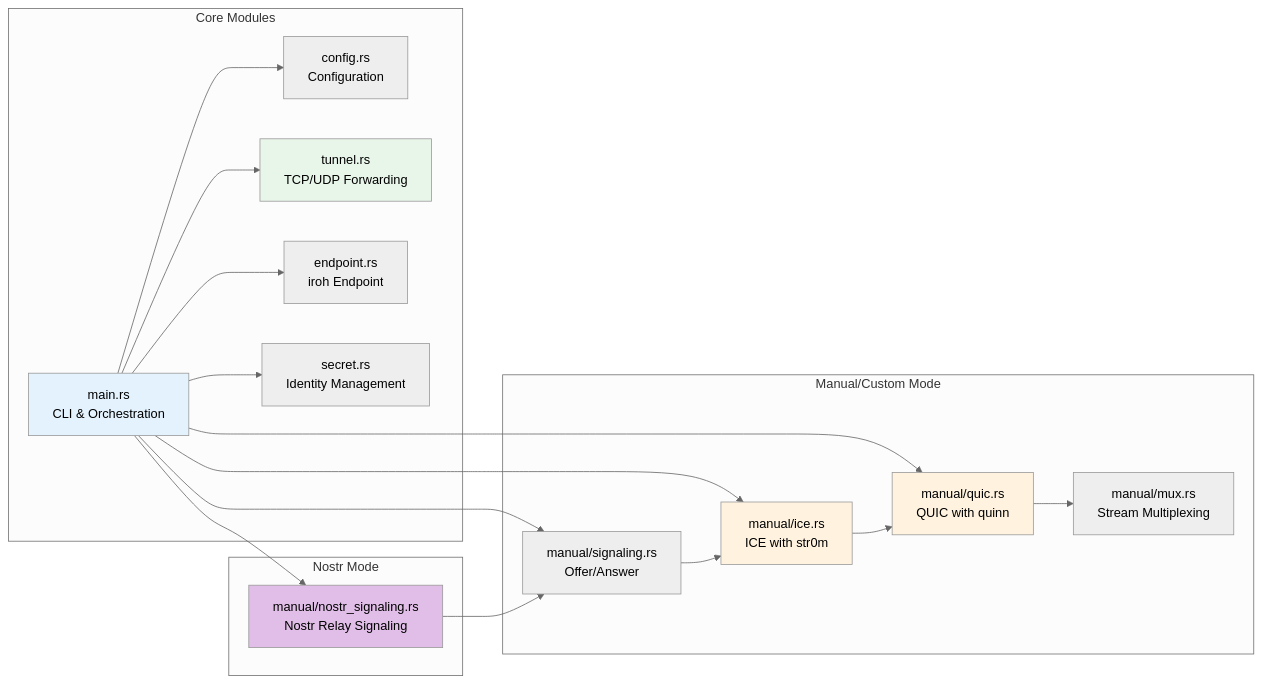
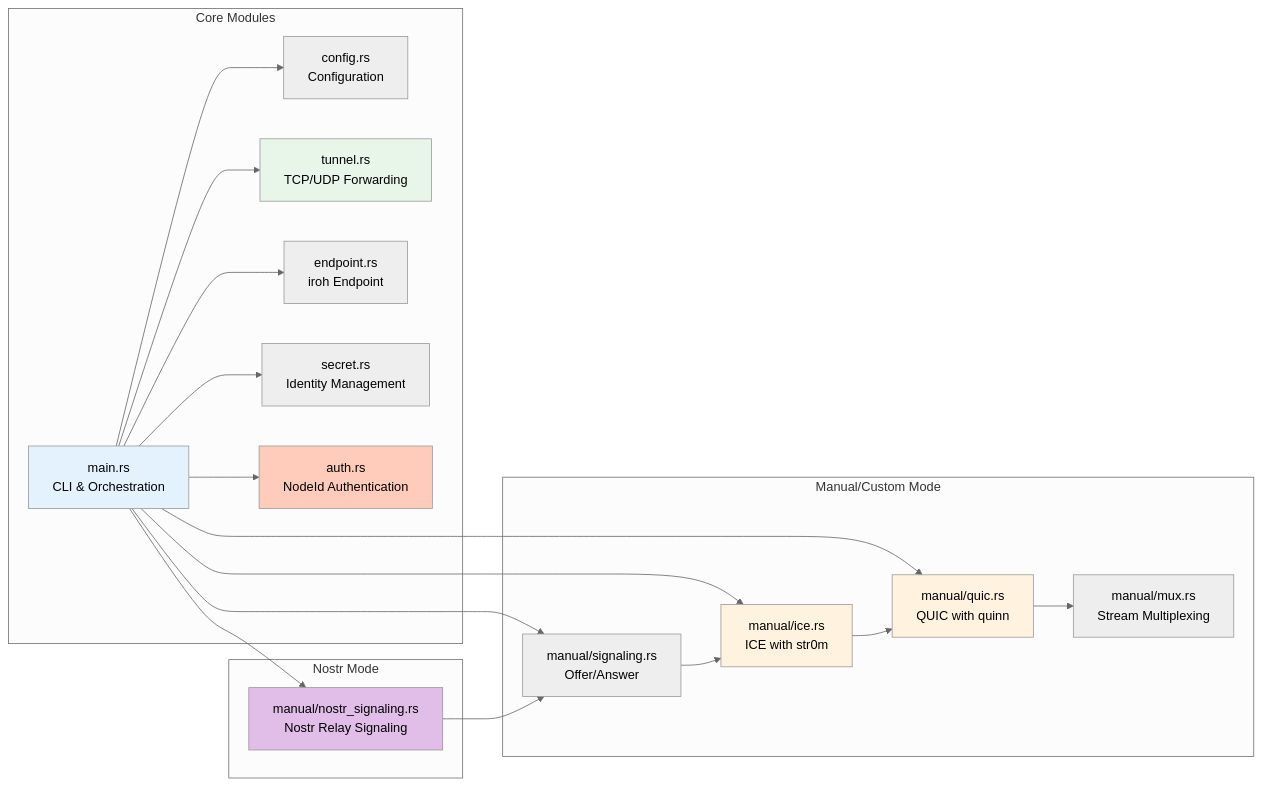
The second of 35 diagrams in docs/ARCHITECTURE.md (andrewtheguy/vpn-rs), drawn with Mermaid (neutral theme) before and after one commit. The commit also changed other lines of this file and 10 other files, not shown here.

Commit message:
feat: implement NodeId authentication for iroh mode with client whitelisting

````diff
--- a/docs/ARCHITECTURE.md
+++ b/docs/ARCHITECTURE.md
@@ -72,41 +72,44 @@
 ```mermaid
 graph LR
     subgraph "Core Modules"
         A[main.rs<br/>CLI & Orchestration]
         B[config.rs<br/>Configuration]
         C[tunnel.rs<br/>TCP/UDP Forwarding]
         D[endpoint.rs<br/>iroh Endpoint]
         E[secret.rs<br/>Identity Management]
+        E2[auth.rs<br/>NodeId Authentication]
     end
 
     subgraph "Manual/Custom Mode"
         F[manual/ice.rs<br/>ICE with str0m]
         G[manual/quic.rs<br/>QUIC with quinn]
         H[manual/signaling.rs<br/>Offer/Answer]
         I[manual/mux.rs<br/>Stream Multiplexing]
     end
 
     subgraph "Nostr Mode"
         J[manual/nostr_signaling.rs<br/>Nostr Relay Signaling]
     end
 
     A --> B
     A --> C
     A --> D
     A --> E
+    A --> E2
     A --> F
     A --> G
     A --> H
     A --> J
 
     F --> G
     H --> F
     J --> H
     G --> I
 
     style A fill:#E3F2FD
     style C fill:#E8F5E9
+    style E2 fill:#FFCCBC
     style F fill:#FFF3E0
     style G fill:#FFF3E0
     style J fill:#E1BEE7
 ```
````
